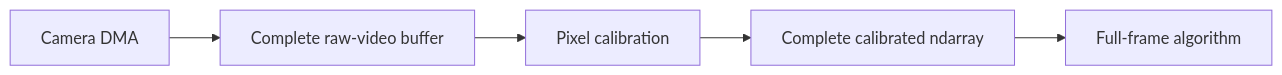
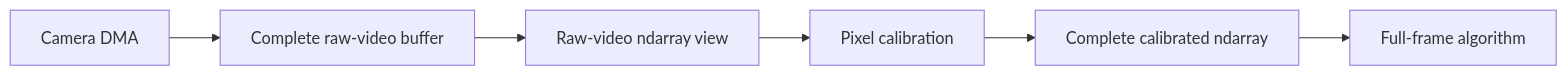
Before and after one commit to DarrylGamroth/PipeWireAO: the first of 2 diagrams in doc/dox/internals/row-block-ndarrays.md, drawn with Mermaid. The commit also changed other lines of this file and 5 other files, not shown here.

Commit message:
filter-graph: retire native Calculon benchmark

````diff
--- a/doc/dox/internals/row-block-ndarrays.md
+++ b/doc/dox/internals/row-block-ndarrays.md
@@ -27,9 +27,10 @@
 ```mermaid
 flowchart LR
     Camera["Camera DMA"]
     Video["Complete raw-video buffer"]
+    View["Raw-video ndarray view"]
     Calibration["Pixel calibration"]
     Frame["Complete calibrated ndarray"]
     RTC["Full-frame algorithm"]
-    Camera --> Video --> Calibration --> Frame --> RTC
+    Camera --> Video --> View --> Calibration --> Frame --> RTC
 ```
````
